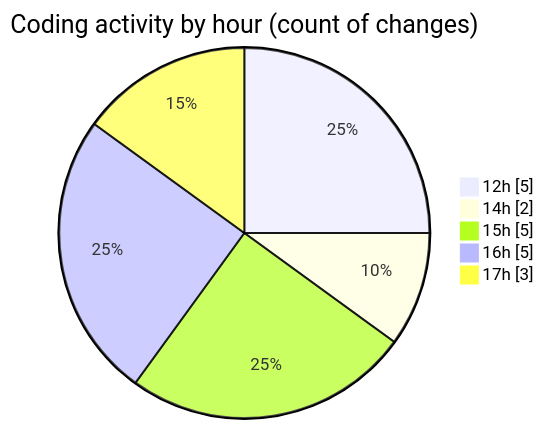
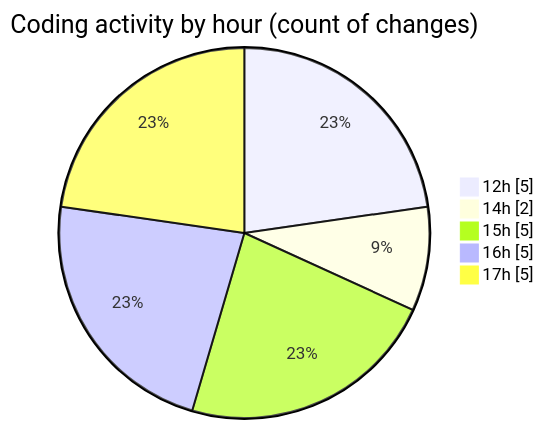
The second of 2 diagrams in 2026-05-04/cilapp/README.md (ricardozamudiocil/code-tracking), drawn with Mermaid before and after one commit. The commit also changed other lines of this file and 1 other file, not shown here.

````diff
--- a/2026-05-04/cilapp/README.md
+++ b/2026-05-04/cilapp/README.md
@@ -37,9 +37,9 @@
 ```mermaid
 pie showData
 title Coding activity by hour (count of changes)
 "12h" : 5
 "14h" : 2
 "15h" : 5
 "16h" : 5
-"17h" : 3
+"17h" : 5
 ```
````
